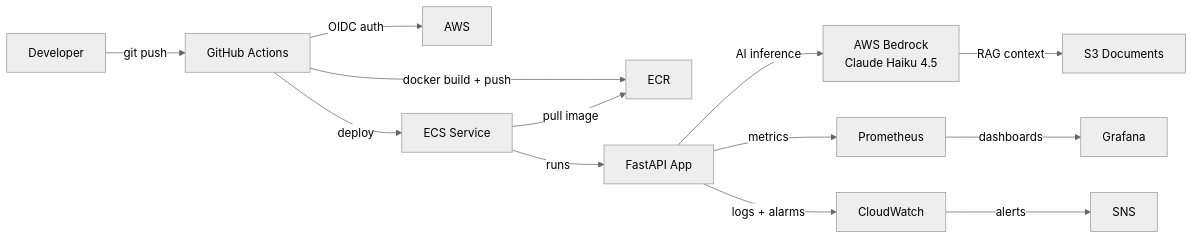
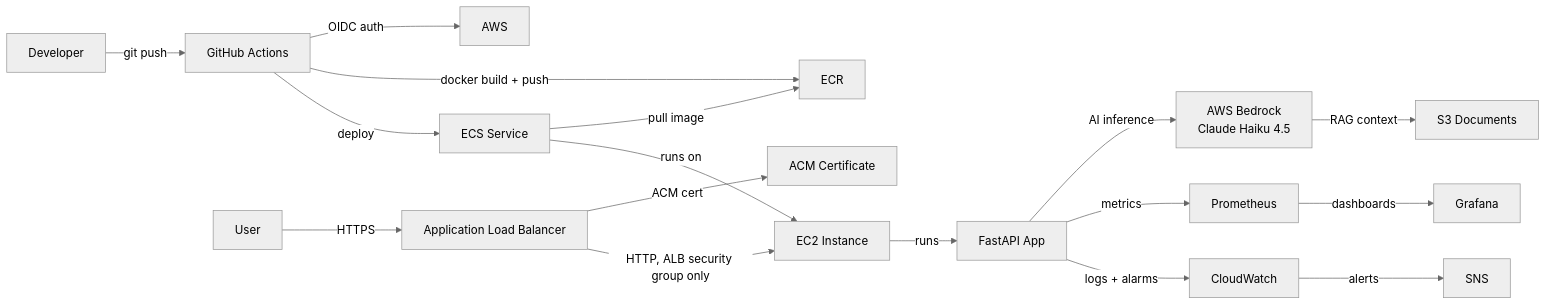
The diagram in README.md (gavin-alan/devops-homelab), drawn with Mermaid (neutral theme) before and after one commit. The commit also changed other lines of this file and 16 other files, not shown here.

````diff
--- a/README.md
+++ b/README.md
@@ -13,15 +13,19 @@
 ```mermaid
 graph LR
     dev[Developer] -->|git push| gh[GitHub Actions]
     gh -->|OIDC auth| aws[AWS]
     gh -->|docker build + push| ecr[ECR]
     gh -->|deploy| ecs[ECS Service]
+    user[User] -->|HTTPS| alb[Application Load Balancer]
+    alb -->|ACM cert| acm[ACM Certificate]
+    alb -->|HTTP, ALB security group only| ec2[EC2 Instance]
     ecs -->|pull image| ecr
-    ecs -->|runs| app[FastAPI App]
+    ecs -->|runs on| ec2
+    ec2 -->|runs| app[FastAPI App]
     app -->|AI inference| bedrock[AWS Bedrock\nClaude Haiku 4.5]
     bedrock -->|RAG context| s3[S3 Documents]
     app -->|metrics| prom[Prometheus]
     prom -->|dashboards| grafana[Grafana]
     app -->|logs + alarms| cw[CloudWatch]
     cw -->|alerts| sns[SNS]
 ```
````
